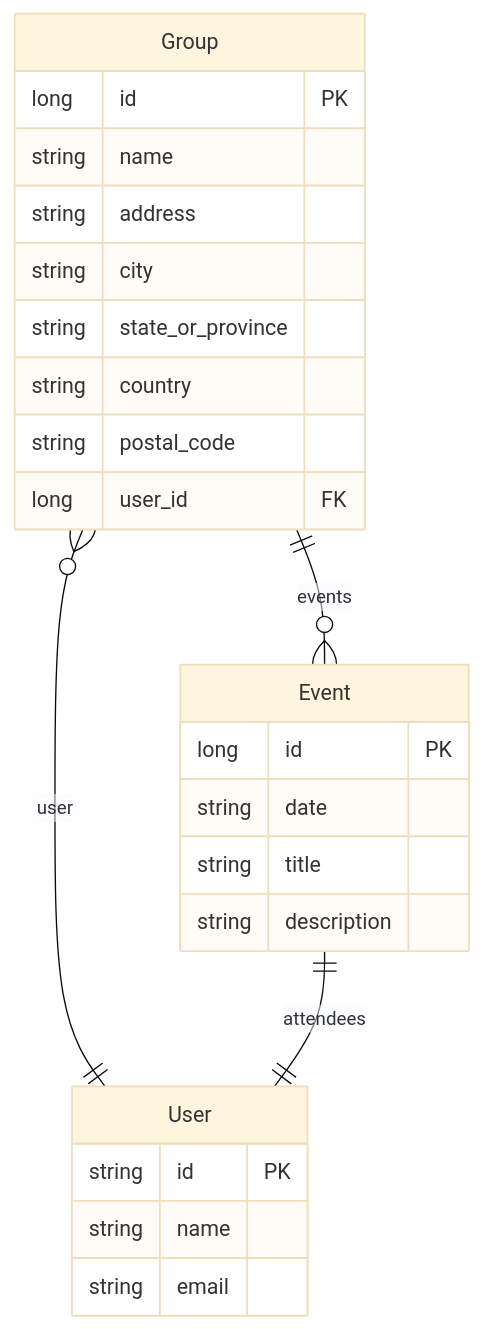
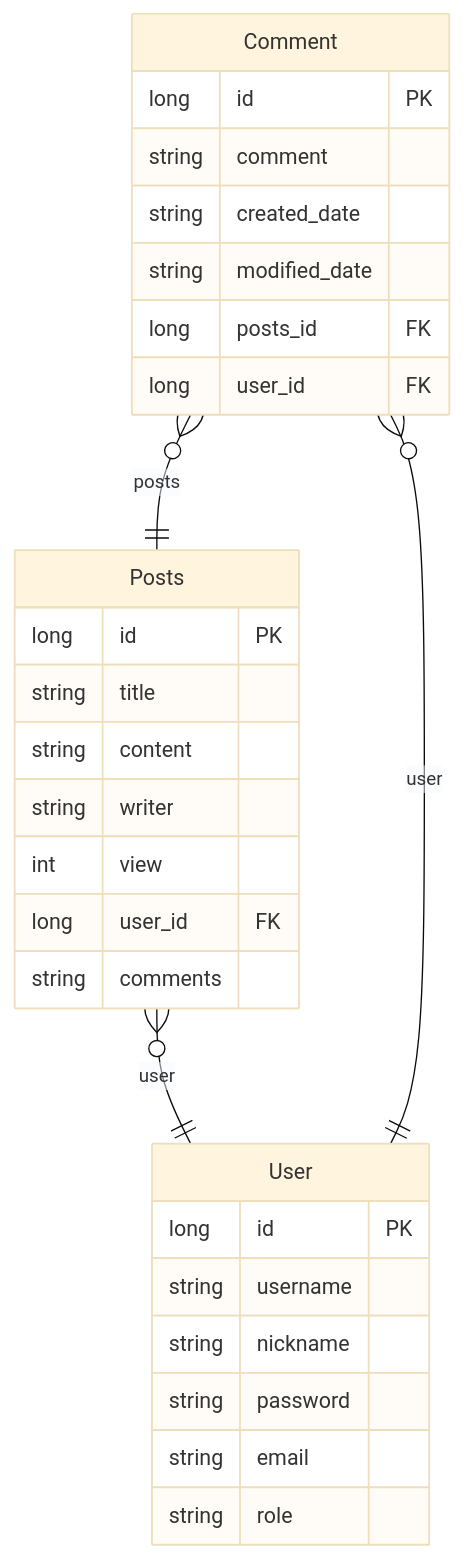
The diagram in erd-agent/erd.md (viennacafe/ai-agent), drawn with Mermaid (base theme) before and after one commit. The commit also changed other lines of this file and 3 other files, not shown here.

````diff
--- a/erd-agent/erd.md
+++ b/erd-agent/erd.md
@@ -12,27 +12,31 @@
 ```mermaid
 erDiagram
-    Group {
+    Posts {
         long id PK
-        string name
-        string address
-        string city
-        string state_or_province
-        string country
-        string postal_code
+        string title
+        string content
+        string writer
+        int view
+        long user_id FK
+        string comments
+    }
+    User {
+        long id PK
+        string username
+        string nickname
+        string password
+        string email
+        string role
+    }
+    Comment {
+        long id PK
+        string comment
+        string created_date
+        string modified_date
+        long posts_id FK
         long user_id FK
     }
-    User {
-        string id PK
-        string name
-        string email
-    }
-    Event {
-        long id PK
-        string date
-        string title
-        string description
-    }
-    Group }o--|| User : user
-    Group ||--o{ Event : events
-    Event ||--|| User : attendees
+    Posts }o--|| User : user
+    Comment }o--|| Posts : posts
+    Comment }o--|| User : user
 ```
````
